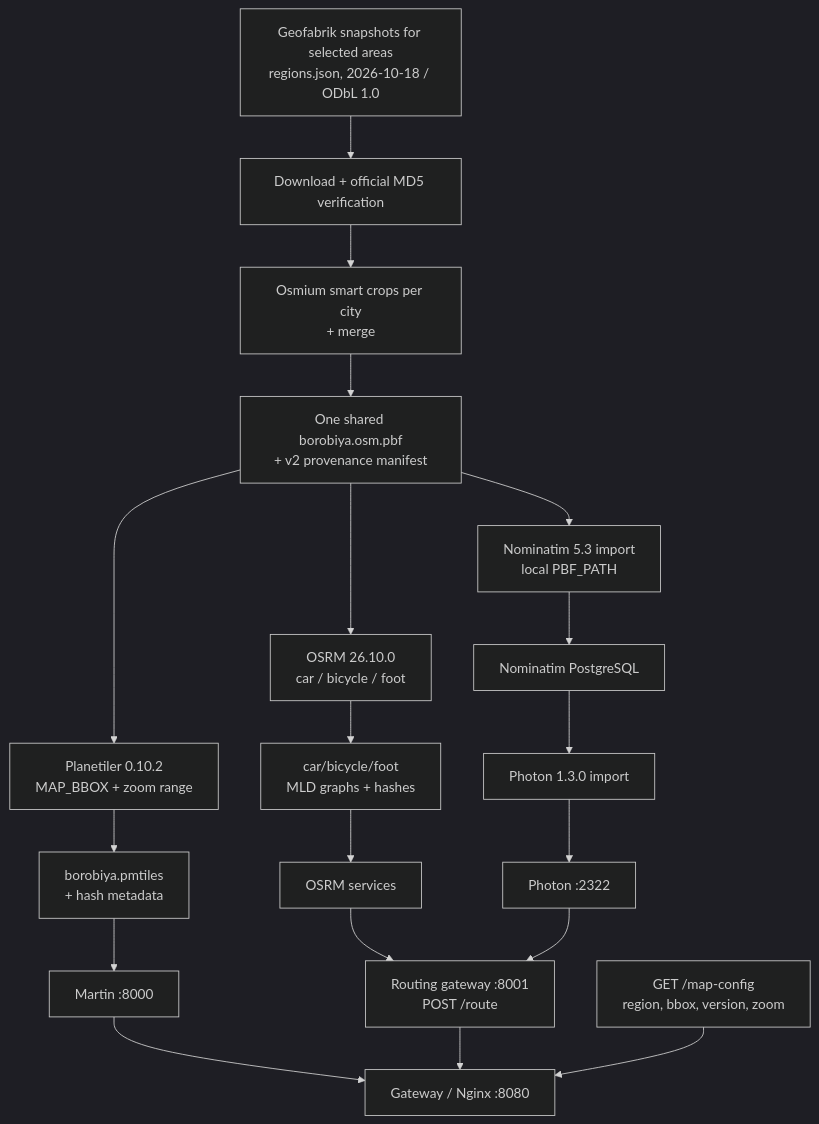
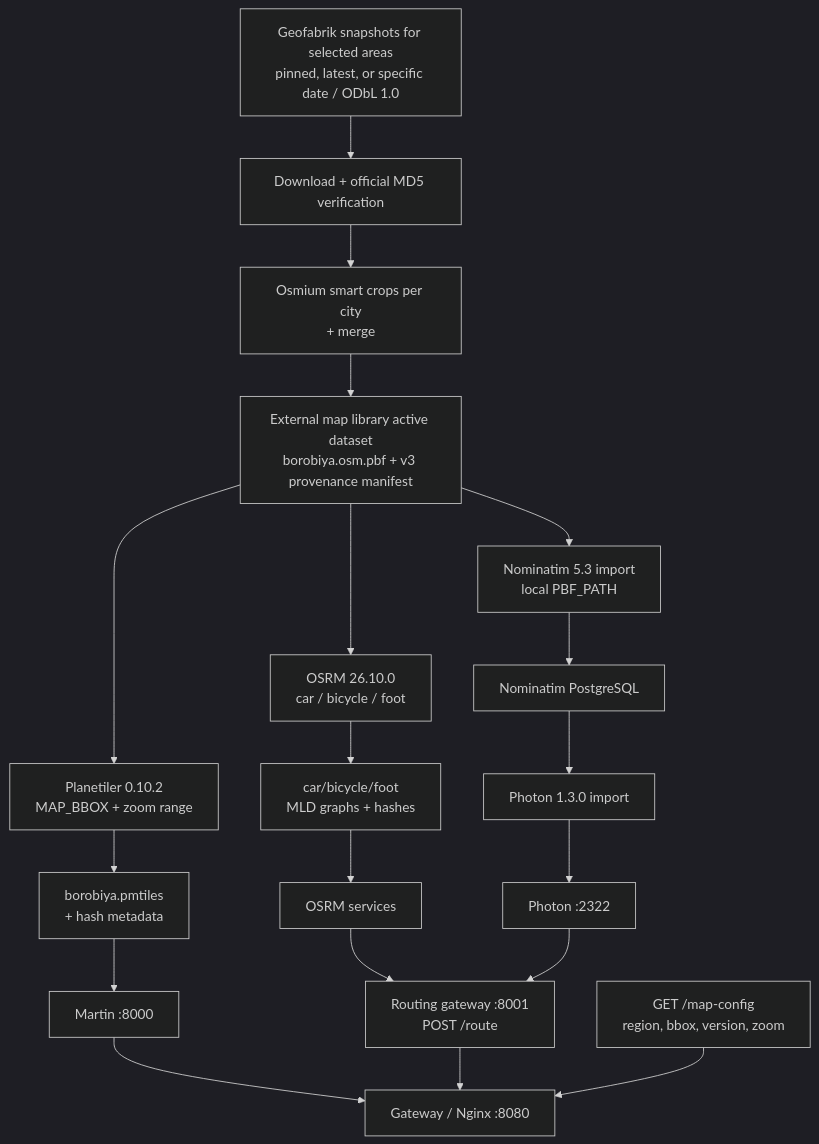
One commit to komeilm76/borobiya changed the first of 3 diagrams in docs/DIAGRAMS/MAP_PIPELINE.md. Above: the diagram before and after it, drawn with Mermaid (dark theme). The commit also changed other lines of this file and 25 other files, not shown here.

First line of the commit message:
feat(map): standardized external map library and snapshot policies

````diff
--- a/docs/DIAGRAMS/MAP_PIPELINE.md
+++ b/docs/DIAGRAMS/MAP_PIPELINE.md
@@ -9,22 +9,22 @@
 ```mermaid
 flowchart TD
-  A[Geofabrik snapshots for selected areas<br/>regions.json, 2026-10-18 / ODbL 1.0]
+  A[Geofabrik snapshots for selected areas<br/>pinned, latest, or specific date / ODbL 1.0]
   A --> B[Download + official MD5 verification]
   B --> C[Osmium smart crops per city<br/>+ merge]
-  C --> D[One shared borobiya.osm.pbf<br/>+ v2 provenance manifest]
+  C --> D[External map library active dataset<br/>borobiya.osm.pbf + v3 provenance manifest]
   D --> E1[Planetiler 0.10.2<br/>MAP_BBOX + zoom range]
   D --> E2[OSRM 26.10.0<br/>car / bicycle / foot]
   D --> E3[Nominatim 5.3 import<br/>local PBF_PATH]
   E1 --> F1[borobiya.pmtiles<br/>+ hash metadata]
   E2 --> F2[car/bicycle/foot<br/>MLD graphs + hashes]
   E3 --> G1[Nominatim PostgreSQL]
   G1 --> G2[Photon 1.3.0 import]
   F1 --> H[Martin :8000]
   F2 --> I[OSRM services]
   G2 --> J[Photon :2322]
   H --> K[Gateway / Nginx :8080]
   I --> L[Routing gateway :8001<br/>POST /route]
   J --> L
   L --> K
   M[GET /map-config<br/>region, bbox, version, zoom] --> K
 ```
````
